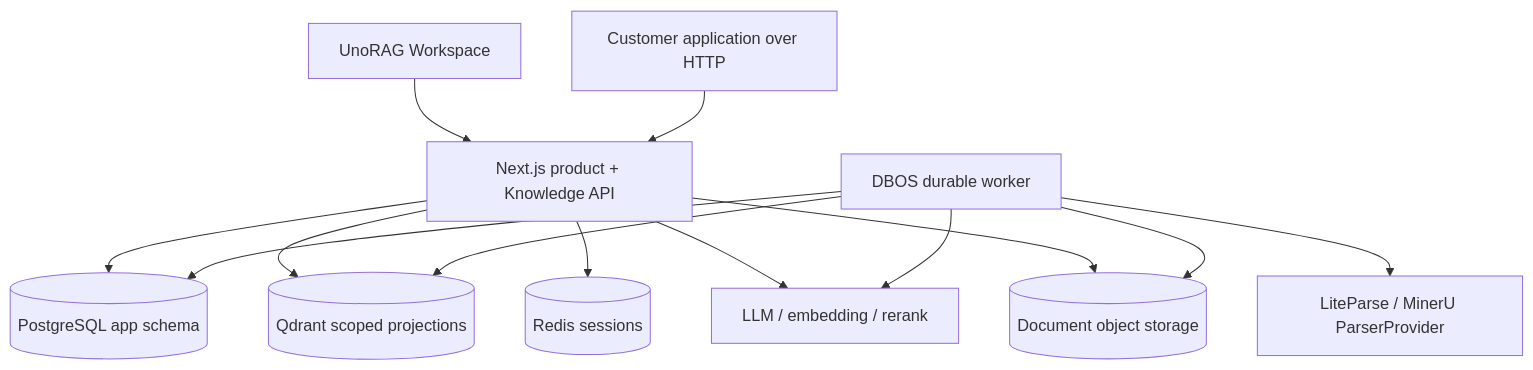
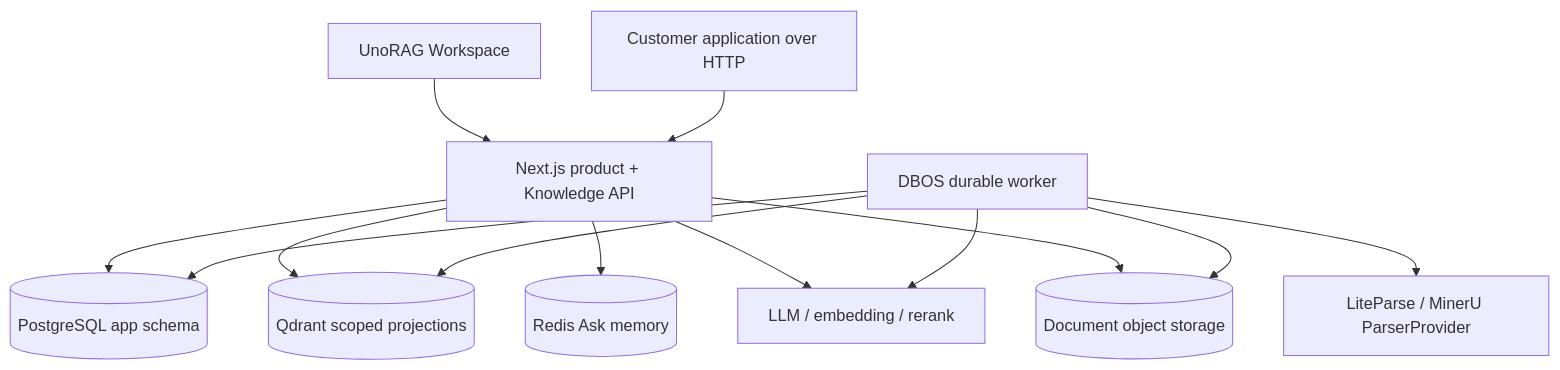
The first of 2 diagrams in docs/ARCHITECTURE.md (codexlin/UnoRAG), drawn with Mermaid before and after one commit. The commit also changed other lines of this file and 4 other files, not shown here.

````diff
--- a/docs/ARCHITECTURE.md
+++ b/docs/ARCHITECTURE.md
@@ -10,24 +12,24 @@
 ```mermaid
 flowchart TB
     Browser["UnoRAG Workspace"] --> Web
     Client["Customer application over HTTP"] --> Web
     Web["Next.js product + Knowledge API"]
     Worker["DBOS durable worker"]
     Parser["LiteParse / MinerU ParserProvider"]
     PG[("PostgreSQL app schema")]
     QD[("Qdrant scoped projections")]
-    Redis[("Redis sessions")]
+    Redis[("Redis Ask memory")]
     Files[("Document object storage")]
     Models["LLM / embedding / rerank"]
 
     Web --> PG
     Web --> QD
     Web --> Redis
     Web --> Models
     Web --> Files
     Worker --> PG
     Worker --> QD
     Worker --> Files
     Worker --> Parser
     Worker --> Models
 ```
````
